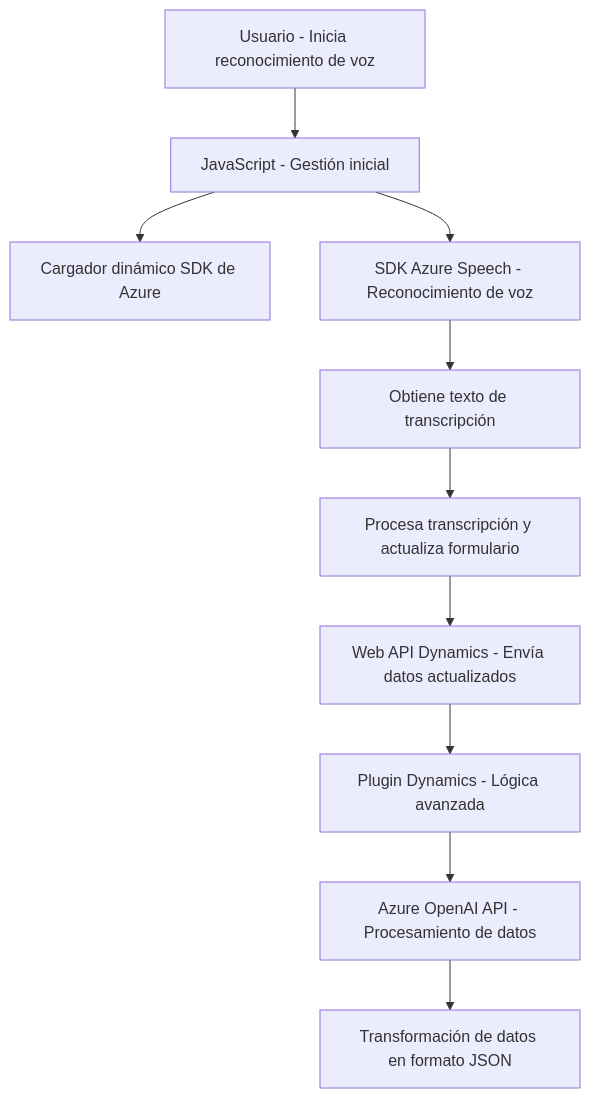
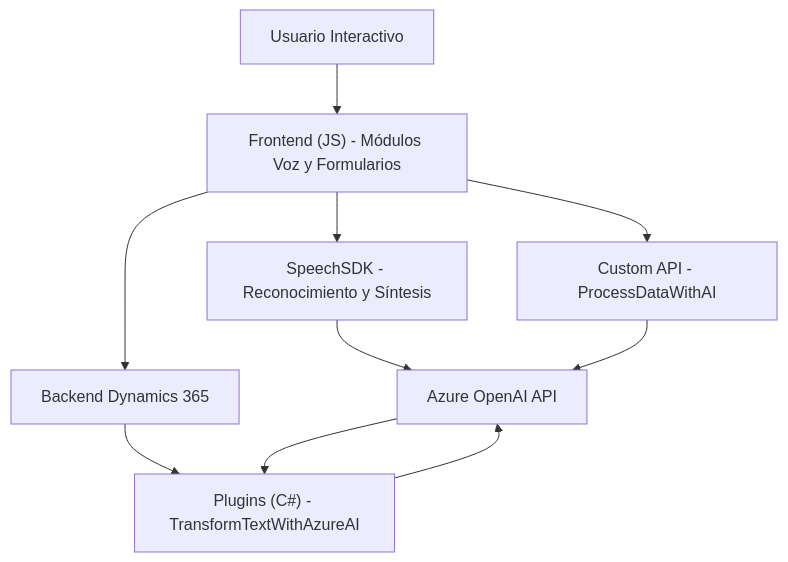
One commit to blopezdm/NETCORE_BILBAO2025 changed the diagram in README.md. Above: the diagram before and after it, drawn with Mermaid. The commit also changed other lines of this file, not shown here.

````diff
--- a/README.md
+++ b/README.md
@@ -42,12 +39,20 @@
 ```mermaid
 graph TD
-    A["Usuario - Inicia reconocimiento de voz"] --> B["JavaScript - Gestión inicial"]
-    B --> C["Cargador dinámico SDK de Azure"]
-    B --> D["SDK Azure Speech - Reconocimiento de voz"]
-    D --> E["Obtiene texto de transcripción"]
-    E --> F["Procesa transcripción y actualiza formulario"]
-    F --> G["Web API Dynamics - Envía datos actualizados"]
-    G --> H["Plugin Dynamics - Lógica avanzada"]
-    H --> I["Azure OpenAI API - Procesamiento de datos"]
-    I --> J["Transformación de datos en formato JSON"]
+    A["Usuario Interactivo"]
+    B["Frontend (JS) - Módulos Voz y Formularios"]
+    C["SpeechSDK - Reconocimiento y Síntesis"]
+    D["Custom API - ProcessDataWithAI"]
+    E["Backend Dynamics 365"]
+    F["Plugins (C#) - TransformTextWithAzureAI"]
+    G["Azure OpenAI API"]
+
+    A --> B
+    B --> C
+    B --> D
+    C --> G
+    D --> G
+    B --> E
+    E --> F
+    F --> G
+    G --> F
 ```
````
